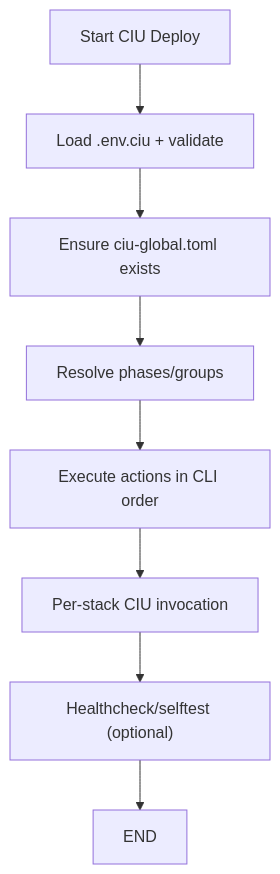
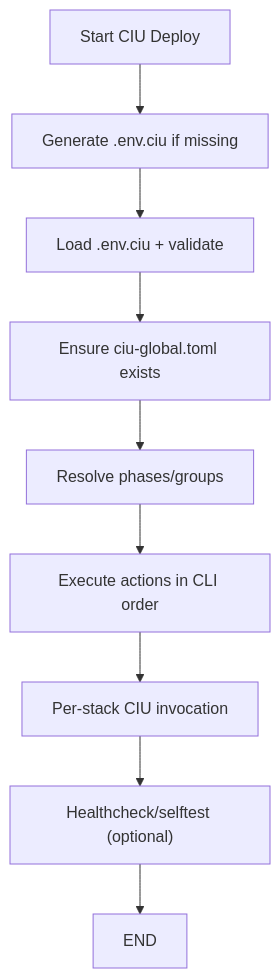
Before and after one commit to volkb79/vbpub: the diagram in ciu/docs/CIU-DEPLOY.md, drawn with Mermaid. The commit also changed other lines of this file and 40 other files, not shown here.

````diff
--- a/ciu/docs/CIU-DEPLOY.md
+++ b/ciu/docs/CIU-DEPLOY.md
@@ -85,10 +93,11 @@
 ```mermaid
 flowchart TD
-    A["Start CIU Deploy"] --> B["Load .env.ciu + validate" ]
-    B --> C["Ensure ciu-global.toml exists" ]
-    C --> D["Resolve phases/groups" ]
-    D --> E["Execute actions in CLI order" ]
-    E --> F["Per-stack CIU invocation" ]
-    F --> G["Healthcheck/selftest (optional)" ]
-    G --> H["END" ]
+  A["Start CIU Deploy"] --> B["Generate .env.ciu if missing" ]
+  B --> C["Load .env.ciu + validate" ]
+  C --> D["Ensure ciu-global.toml exists" ]
+  D --> E["Resolve phases/groups" ]
+  E --> F["Execute actions in CLI order" ]
+  F --> G["Per-stack CIU invocation" ]
+  G --> H["Healthcheck/selftest (optional)" ]
+  H --> I["END" ]
 ```
````
